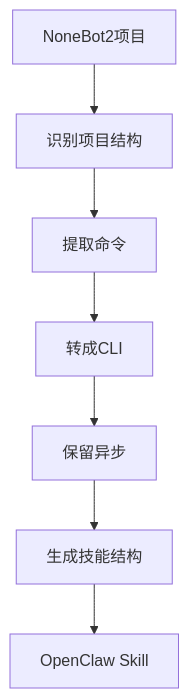
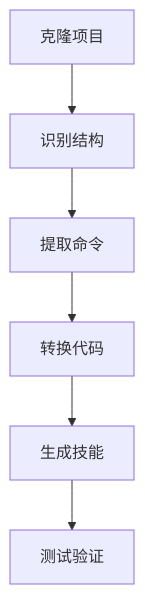
One commit to ssttkkl/ssttkkl-blog changed the diagram in source/_posts/2026-03-10-nonebot2-to-skill-conversion.md. Above: the diagram before and after it, drawn with Mermaid. The commit also changed other lines of this file, not shown here.

Commit message:
Rewrite: based on actual skill content (conversion guide, not automation tool)

````diff
--- a/source/_posts/2026-03-10-nonebot2-to-skill-conversion.md
+++ b/source/_posts/2026-03-10-nonebot2-to-skill-conversion.md
@@ -18,9 +18,8 @@
 ```mermaid
 flowchart TD
-    A[NoneBot2项目] --> B[识别项目结构]
+    A[克隆项目] --> B[识别结构]
     B --> C[提取命令]
-    C --> D[转成CLI]
-    D --> E[保留异步]
-    E --> F[生成技能结构]
-    F --> G[OpenClaw Skill]
+    C --> D[转换代码]
+    D --> E[生成技能]
+    E --> F[测试验证]
 ```
````
